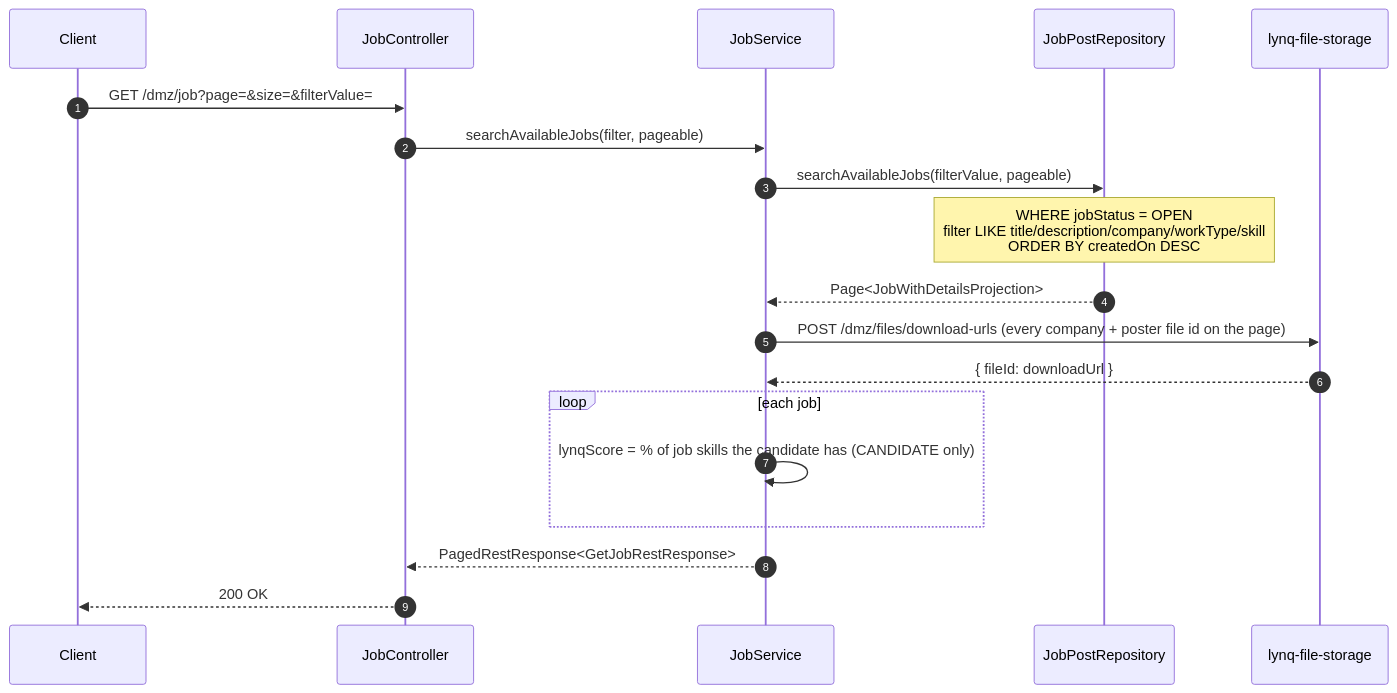
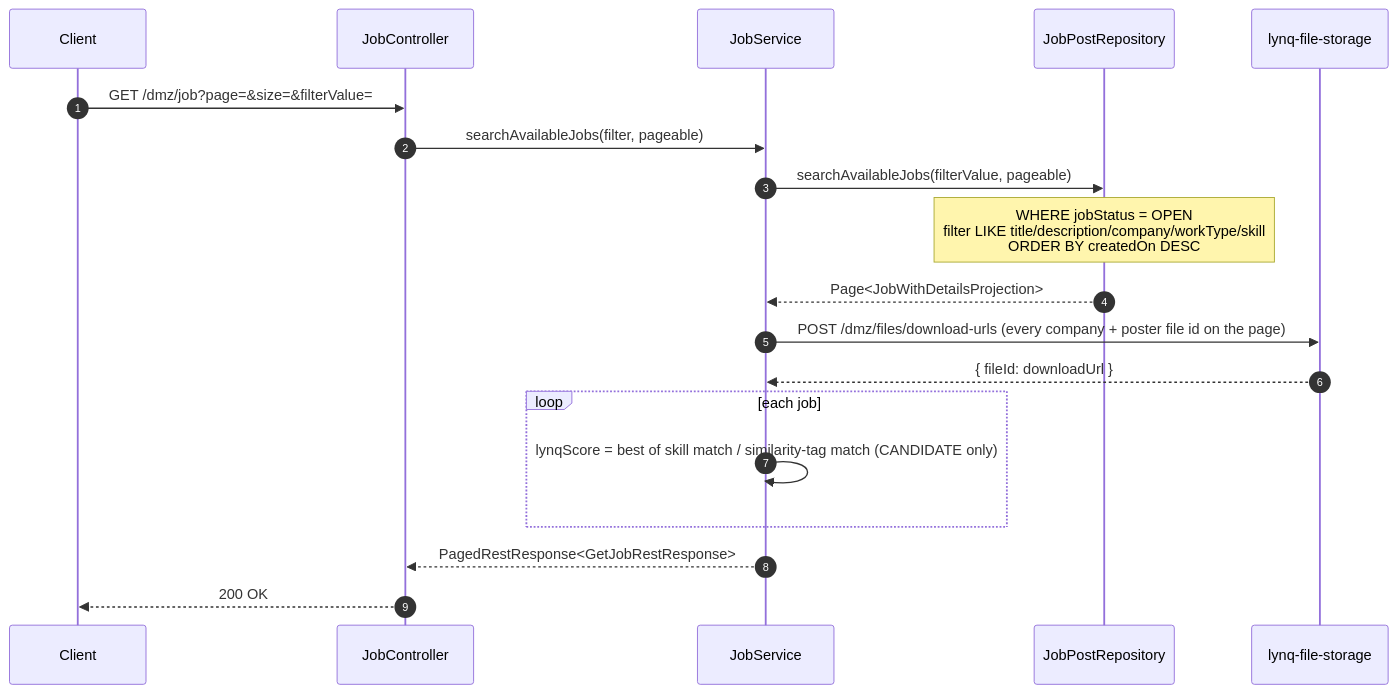
The second of 4 diagrams in lynq-app-backend/README.md (MatLock/UdeSA-lynq), drawn with Mermaid before and after one commit. The commit also changed other lines of this file and 119 other files, not shown here.

````diff
--- a/lynq-app-backend/README.md
+++ b/lynq-app-backend/README.md
@@ -164,22 +164,22 @@
 ```mermaid
 sequenceDiagram
     autonumber
     participant C as Client
     participant Ctrl as JobController
     participant Svc as JobService
     participant Repo as JobPostRepository
     participant FS as lynq-file-storage
 
     C->>Ctrl: GET /dmz/job?page=&size=&filterValue=
     Ctrl->>Svc: searchAvailableJobs(filter, pageable)
     Svc->>Repo: searchAvailableJobs(filterValue, pageable)
     Note over Repo: WHERE jobStatus = OPEN<br/>filter LIKE title/description/company/workType/skill<br/>ORDER BY createdOn DESC
     Repo-->>Svc: Page<JobWithDetailsProjection>
     Svc->>FS: POST /dmz/files/download-urls (every company + poster file id on the page)
     FS-->>Svc: { fileId: downloadUrl }
     loop each job
-        Svc->>Svc: lynqScore = % of job skills the candidate has (CANDIDATE only)
+        Svc->>Svc: lynqScore = best of skill match / similarity-tag match (CANDIDATE only)
     end
     Svc-->>Ctrl: PagedRestResponse<GetJobRestResponse>
     Ctrl-->>C: 200 OK
 ```
````
